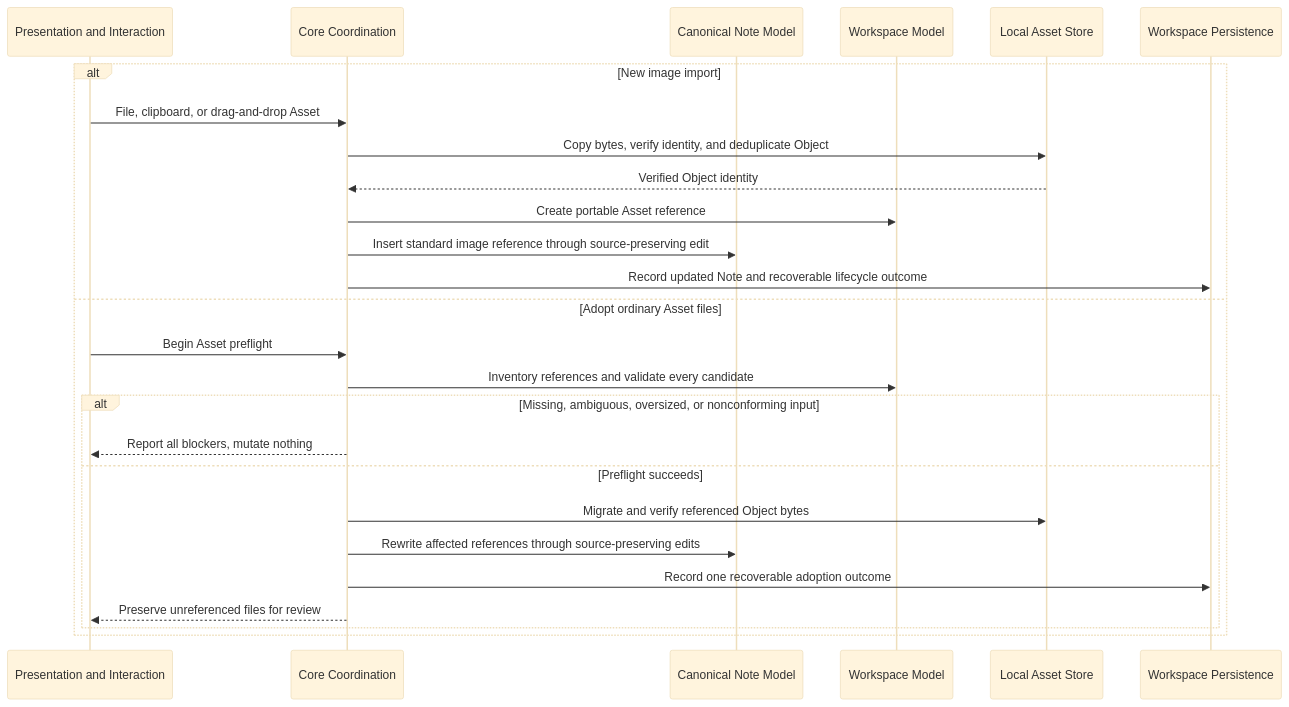
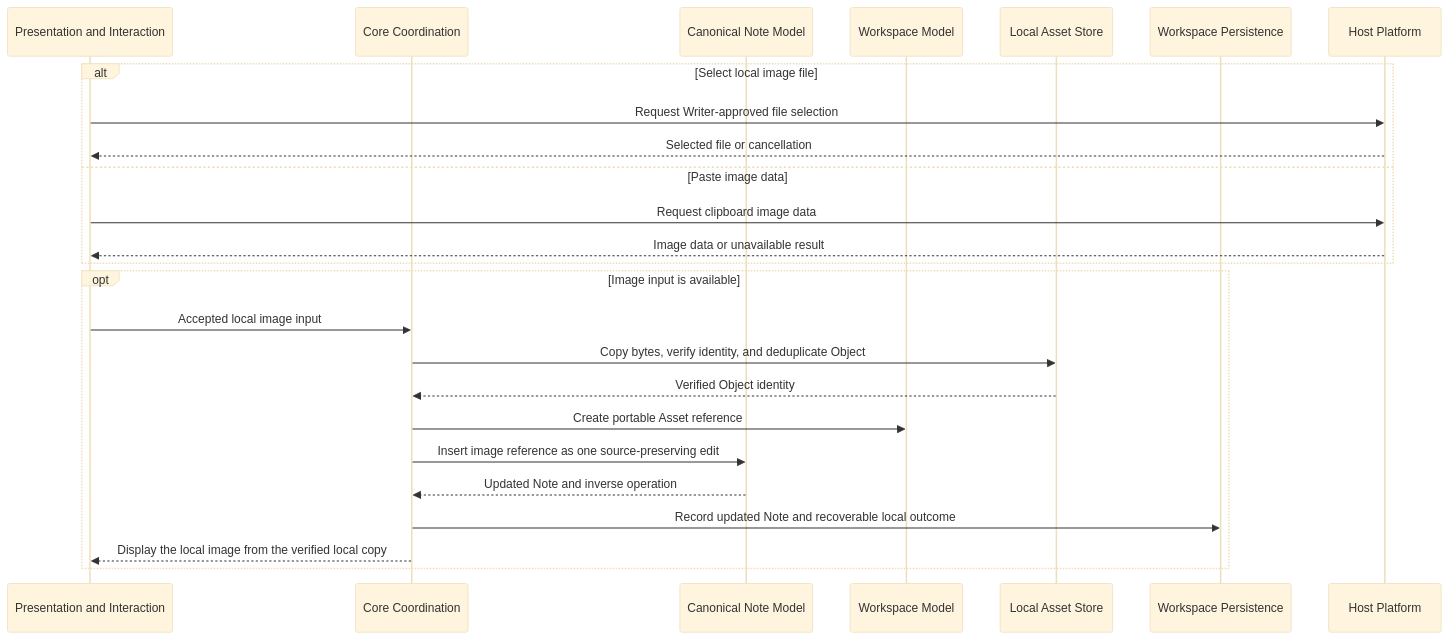
The diagram in .constitution/architecture/flows/flow-assets.md (SkrOYC/burlmd), drawn with Mermaid (base theme) before and after one commit. The commit also changed other lines of this file and 85 other files, not shown here.

First line of the commit message:
docs: align constitution layers with private Linux-first roadmap

````diff
--- a/.constitution/architecture/flows/flow-assets.md
+++ b/.constitution/architecture/flows/flow-assets.md
@@ -13,29 +13,28 @@
 ```mermaid
 sequenceDiagram
     participant UI as Presentation and Interaction
     participant Core as Core Coordination
     participant CanonicalNote as Canonical Note Model
     participant Workspace as Workspace Model
     participant LocalAssets as Local Asset Store
     participant Persist as Workspace Persistence
+    participant Host as Host Platform
 
-    alt New image import
-        UI->>Core: File, clipboard, or drag-and-drop Asset
+    alt Select local image file
+        UI->>Host: Request Writer-approved file selection
+        Host-->>UI: Selected file or cancellation
+    else Paste image data
+        UI->>Host: Request clipboard image data
+        Host-->>UI: Image data or unavailable result
+    end
+    opt Image input is available
+        UI->>Core: Accepted local image input
         Core->>LocalAssets: Copy bytes, verify identity, and deduplicate Object
         LocalAssets-->>Core: Verified Object identity
         Core->>Workspace: Create portable Asset reference
-        Core->>CanonicalNote: Insert standard image reference through source-preserving edit
-        Core->>Persist: Record updated Note and recoverable lifecycle outcome
-    else Adopt ordinary Asset files
-        UI->>Core: Begin Asset preflight
-        Core->>Workspace: Inventory references and validate every candidate
-        alt Missing, ambiguous, oversized, or nonconforming input
-            Core-->>UI: Report all blockers, mutate nothing
-        else Preflight succeeds
-            Core->>LocalAssets: Migrate and verify referenced Object bytes
-            Core->>CanonicalNote: Rewrite affected references through source-preserving edits
-            Core->>Persist: Record one recoverable adoption outcome
-            Core-->>UI: Preserve unreferenced files for review
-        end
+        Core->>CanonicalNote: Insert image reference as one source-preserving edit
+        CanonicalNote-->>Core: Updated Note and inverse operation
+        Core->>Persist: Record updated Note and recoverable local outcome
+        Core-->>UI: Display the local image from the verified local copy
     end
 ```
````
